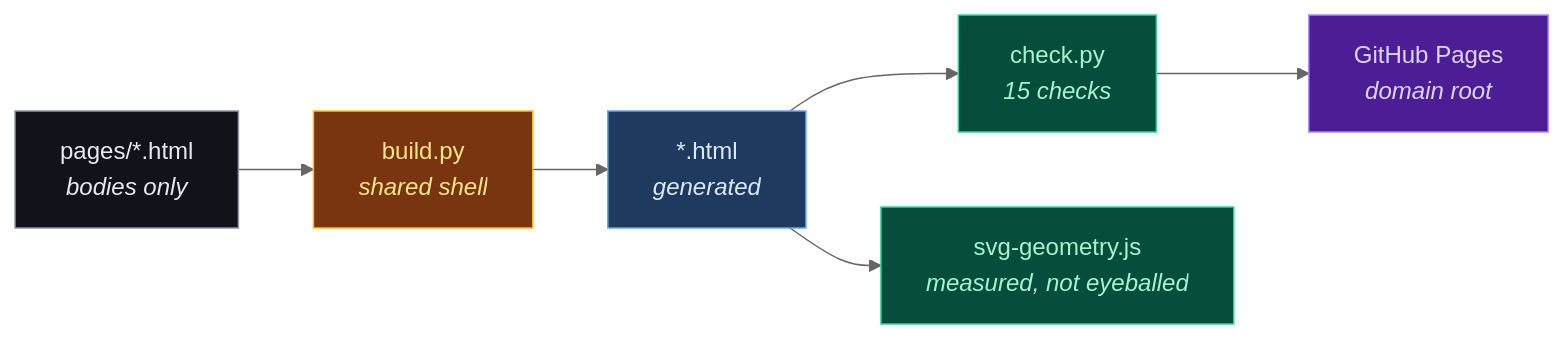
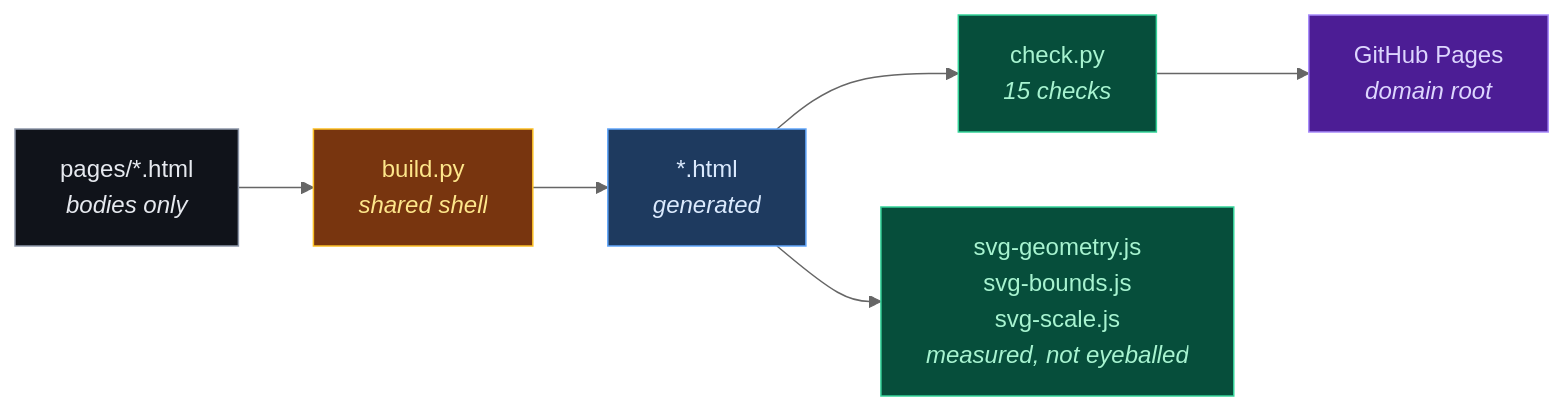
The diagram in README.md (doublegate-io/doublegate-io.github.io), drawn with Mermaid (neutral theme) before and after one commit. The commit also changed other lines of this file and 15 other files, not shown here.

````diff
--- a/README.md
+++ b/README.md
@@ -28,15 +30,15 @@
 ```mermaid
 flowchart LR
   P["pages/*.html<br/><i>bodies only</i>"] --> B["build.py<br/><i>shared shell</i>"]
   B --> O["*.html<br/><i>generated</i>"]
   O --> C["check.py<br/><i>15 checks</i>"]
-  O --> G["svg-geometry.js<br/><i>measured, not eyeballed</i>"]
+  O --> G["svg-geometry.js<br/>svg-bounds.js<br/>svg-scale.js<br/><i>measured, not eyeballed</i>"]
   C --> D["GitHub Pages<br/><i>domain root</i>"]
 
   style P fill:#10131a,stroke:#8d97a9,color:#e6e9ef
   style B fill:#78350f,stroke:#fbbf24,color:#fde68a
   style O fill:#1e3a5f,stroke:#60a5fa,color:#dbeafe
   style C fill:#064e3b,stroke:#34d399,color:#a7f3d0
   style G fill:#064e3b,stroke:#34d399,color:#a7f3d0
   style D fill:#4c1d95,stroke:#a78bfa,color:#ddd6fe
 ```
````
